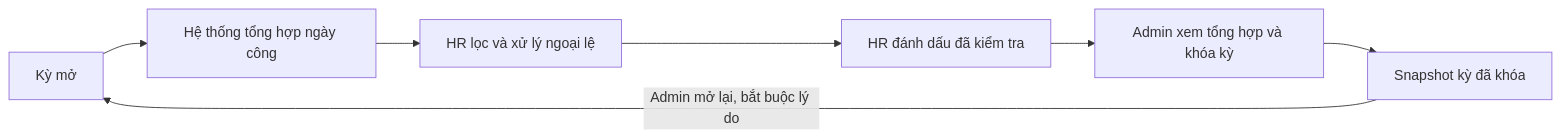
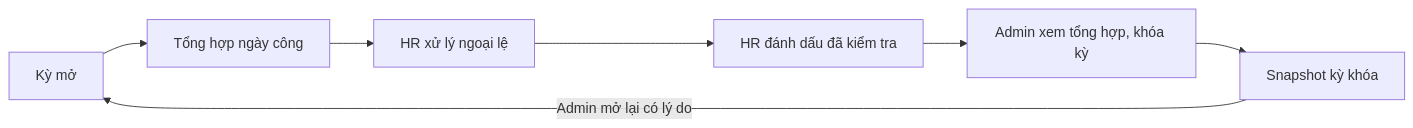
One commit to taiDinh303/M-ChamCong changed the third of 3 diagrams in docs/03-workflow.md. Above: the diagram before and after it, drawn with Mermaid. The commit also changed other lines of this file and 68 other files, not shown here.

````diff
--- a/docs/03-workflow.md
+++ b/docs/03-workflow.md
@@ -58,9 +61,9 @@
 ```mermaid
 flowchart LR
-  A[Kỳ mở] --> B[Hệ thống tổng hợp ngày công]
-  B --> C[HR lọc và xử lý ngoại lệ]
+  A[Kỳ mở] --> B[Tổng hợp ngày công]
+  B --> C[HR xử lý ngoại lệ]
   C --> D[HR đánh dấu đã kiểm tra]
-  D --> E[Admin xem tổng hợp và khóa kỳ]
-  E --> F[Snapshot kỳ đã khóa]
-  F -->|Admin mở lại, bắt buộc lý do| A
+  D --> E[Admin xem tổng hợp, khóa kỳ]
+  E --> F[Snapshot kỳ khóa]
+  F -->|Admin mở lại có lý do| A
 ```
````
